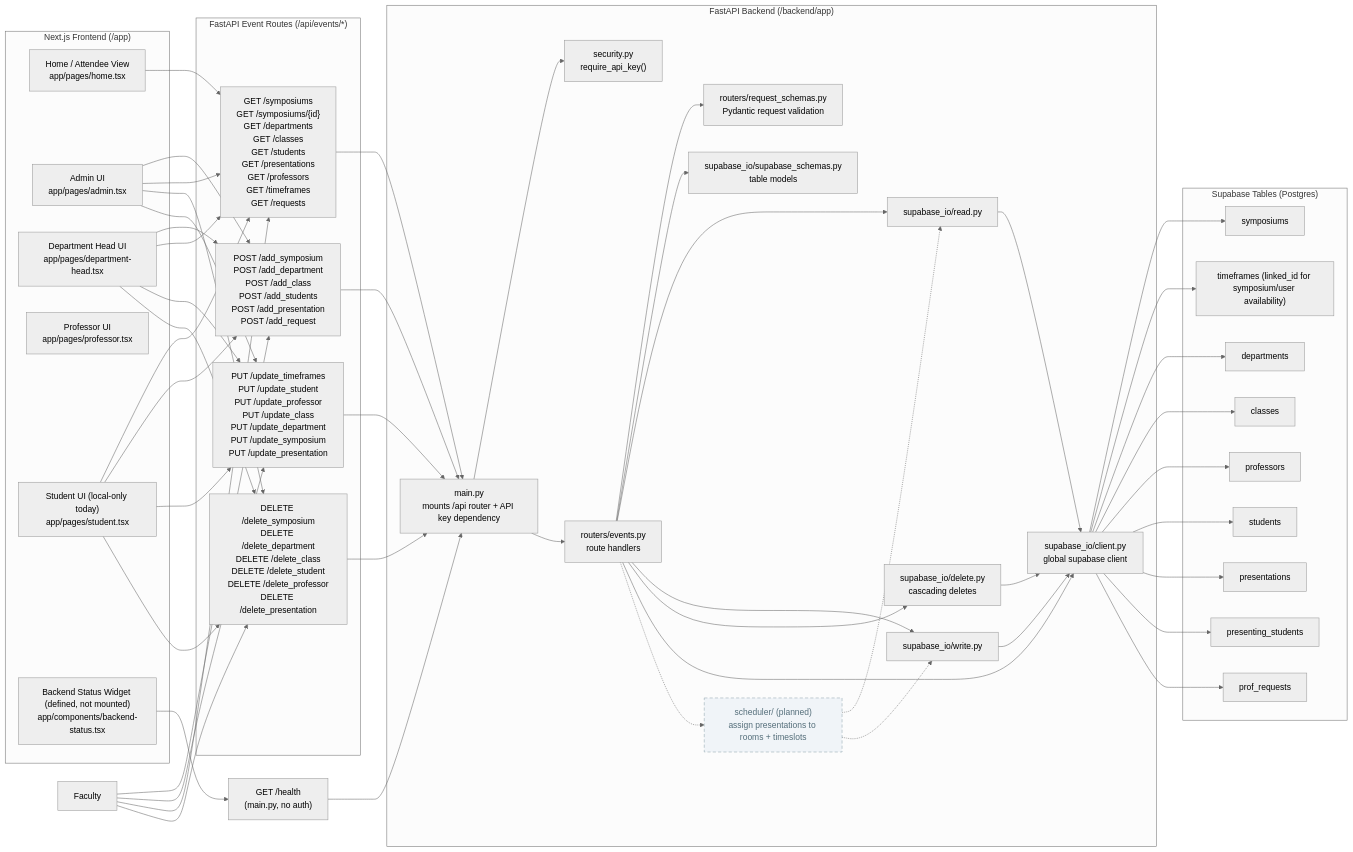
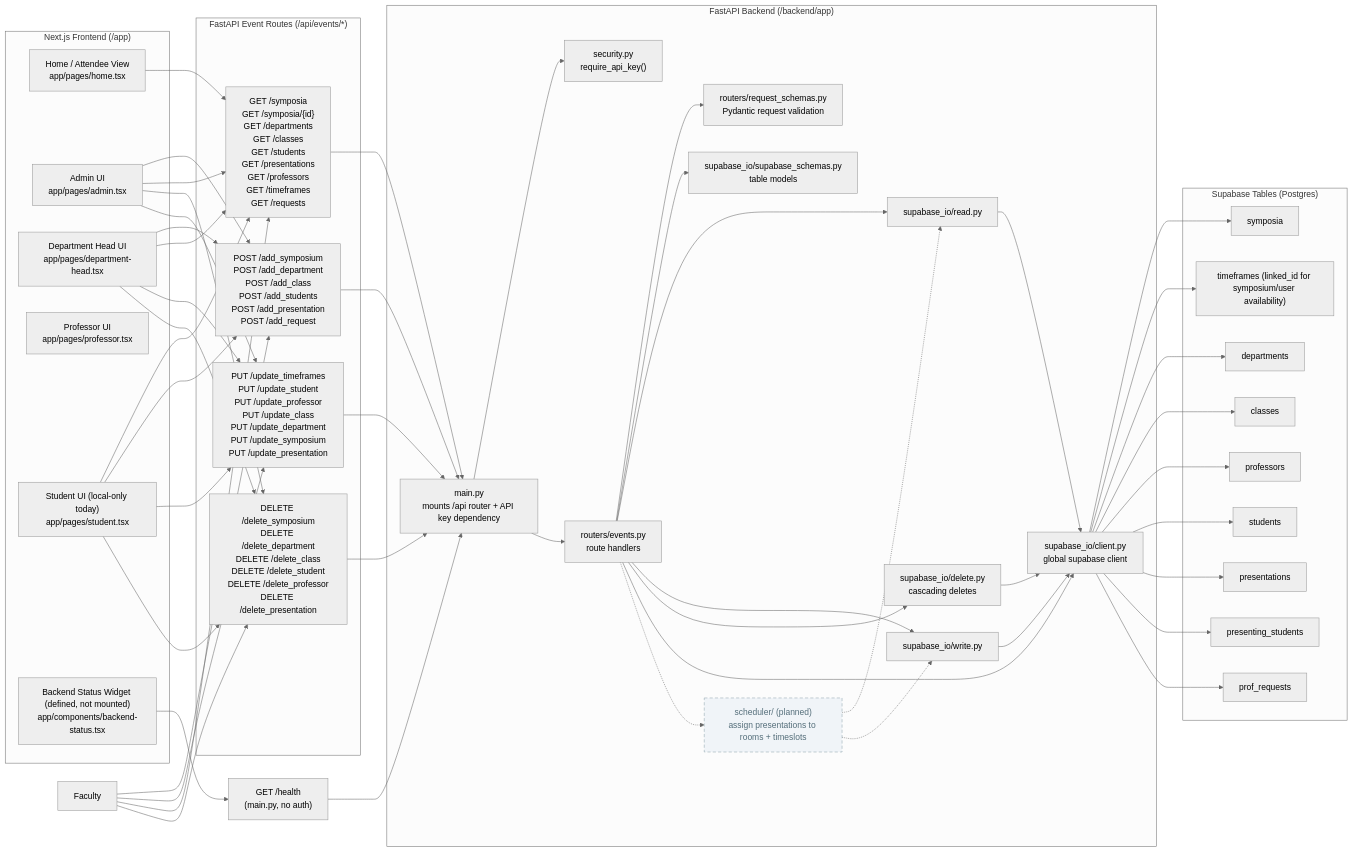
Before and after one commit to occscheduler-blip/conference-scheduler: the diagram in docs/structural_diagram.md, drawn with Mermaid (neutral theme). The commit also changed other lines of this file and 20 other files, not shown here.

```diff
--- a/docs/structural_diagram.md
+++ b/docs/structural_diagram.md
@@ -19,7 +19,7 @@
   subgraph EP["FastAPI Event Routes (/api/events/*)"]
     PAdd["POST /add_symposium<br/>POST /add_department<br/>POST /add_class<br/>POST /add_students<br/>POST /add_presentation<br/>POST /add_request"]
     PUpd["PUT /update_timeframes<br/>PUT /update_student<br/>PUT /update_professor<br/>PUT /update_class<br/>PUT /update_department<br/>PUT /update_symposium<br/>PUT /update_presentation"]
-    PGet["GET /symposiums<br/>GET /symposiums/{id}<br/>GET /departments<br/>GET /classes<br/>GET /students<br/>GET /presentations<br/>GET /professors<br/>GET /timeframes<br/>GET /requests"]
+    PGet["GET /symposia<br/>GET /symposia/{id}<br/>GET /departments<br/>GET /classes<br/>GET /students<br/>GET /presentations<br/>GET /professors<br/>GET /timeframes<br/>GET /requests"]
     PDel["DELETE /delete_symposium<br/>DELETE /delete_department<br/>DELETE /delete_class<br/>DELETE /delete_student<br/>DELETE /delete_professor<br/>DELETE /delete_presentation"]
   end
 
@@ -37,7 +37,7 @@
   end
 
   subgraph DB["Supabase Tables (Postgres)"]
-    Symposiums["symposiums"]
+    Symposia["symposia"]
     Timeframes["timeframes (linked_id for symposium/user availability)"]
     Departments["departments"]
     Classes["classes"]
@@ -90,7 +90,7 @@
   Scheduler -.-> IORead
   Scheduler -.-> IOWrite
 
-  SBClient --> Symposiums
+  SBClient --> Symposia
   SBClient --> Timeframes
   SBClient --> Departments
   SBClient --> Classes
```
